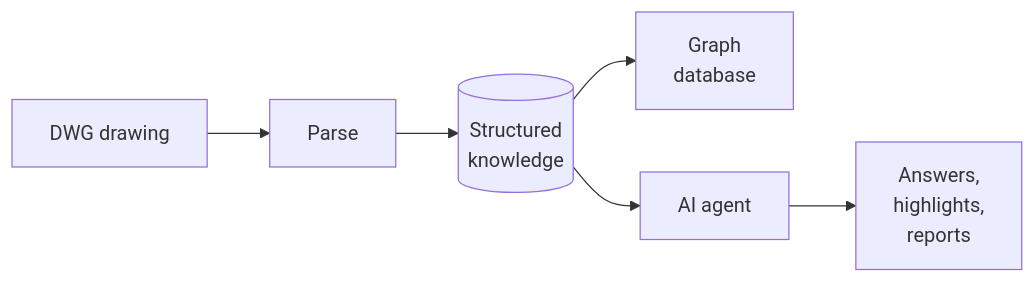
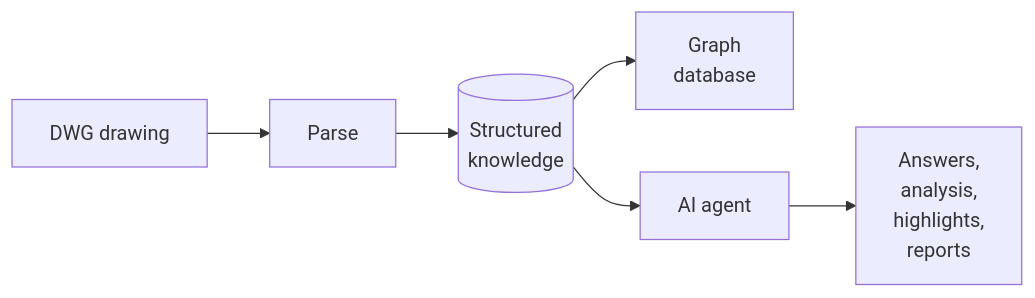
The first of 6 diagrams in projects/cad-parser-agent-system/PORTFOLIO.md (Laudarisd/Laudarisd.github.io), drawn with Mermaid before and after one commit. The commit also changed other lines of this file and 16 other files, not shown here.

````diff
--- a/projects/cad-parser-agent-system/PORTFOLIO.md
+++ b/projects/cad-parser-agent-system/PORTFOLIO.md
@@ -34,8 +34,8 @@
 ```mermaid
 flowchart LR
     A[DWG drawing] --> B[Parse]
     B --> C[(Structured<br/>knowledge)]
     C --> D[Graph<br/>database]
     C --> E[AI agent]
-    E --> F[Answers,<br/>highlights,<br/>reports]
+    E --> F[Answers,<br/>analysis,<br/>highlights,<br/>reports]
 ```
````
